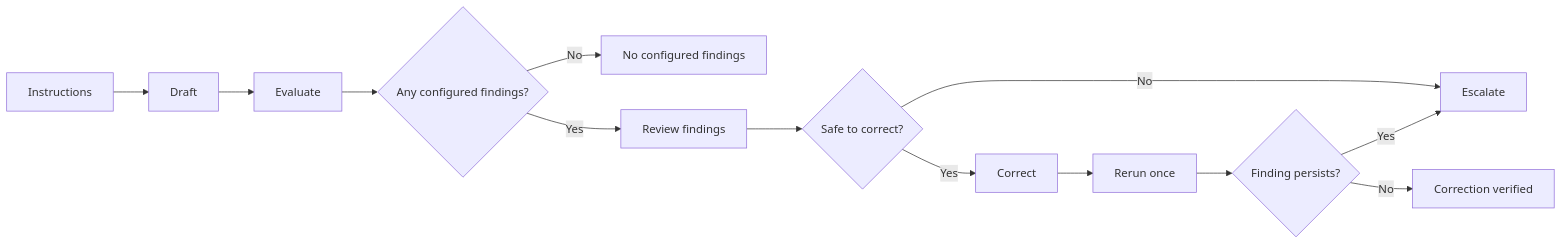
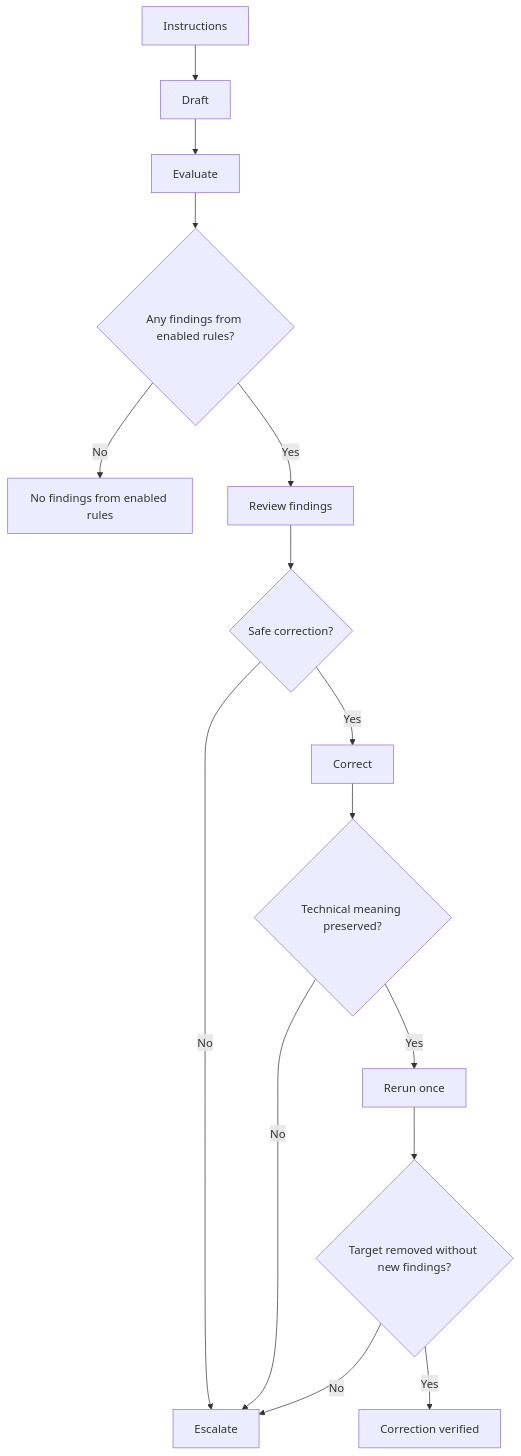
Before and after one commit to jablonskidev/context-engineering: the diagram in Beyond Agent Instructions: Context Engineering with Vale/beyond-agent-instructions-context-engineering-with-vale.md, drawn with Mermaid. The commit also changed other lines of this file, not shown here.

Commit message:
Refine documentation on Vale evaluation process
Updated prose for clarity and precision in the documentation regarding the use of Vale as a deterministic evaluator for agent workflows. Adjusted flowchart and configuration details to enhance understanding of the evaluation process.

````diff
--- a/Beyond Agent Instructions: Context Engineering with Vale/beyond-agent-instructions-context-engineering-with-vale.md
+++ b/Beyond Agent Instructions: Context Engineering with Vale/beyond-agent-instructions-context-engineering-with-vale.md
@@ -25,15 +25,16 @@
 ```mermaid
-flowchart LR
-    A[Instructions] --> B[Draft]
-    B --> C[Evaluate]
-    C --> D{Any configured findings?}
-    D -->|No| E[No configured findings]
+flowchart TD
+    A[Instructions] --> B[Draft] --> C[Evaluate]
+    C --> D{Any findings from enabled rules?}
+    D -->|No| E[No findings from enabled rules]
     D -->|Yes| F[Review findings]
-    F --> G{Safe to correct?}
+    F --> G{Safe correction?}
     G -->|No| H[Escalate]
     G -->|Yes| I[Correct]
-    I --> J[Rerun once]
-    J --> K{Finding persists?}
-    K -->|No| L[Correction verified]
-    K -->|Yes| H
+    I --> J{Technical meaning preserved?}
+    J -->|No| H
+    J -->|Yes| K[Rerun once]
+    K --> L{Target removed without new findings?}
+    L -->|No| H
+    L -->|Yes| M[Correction verified]
 ```
````
